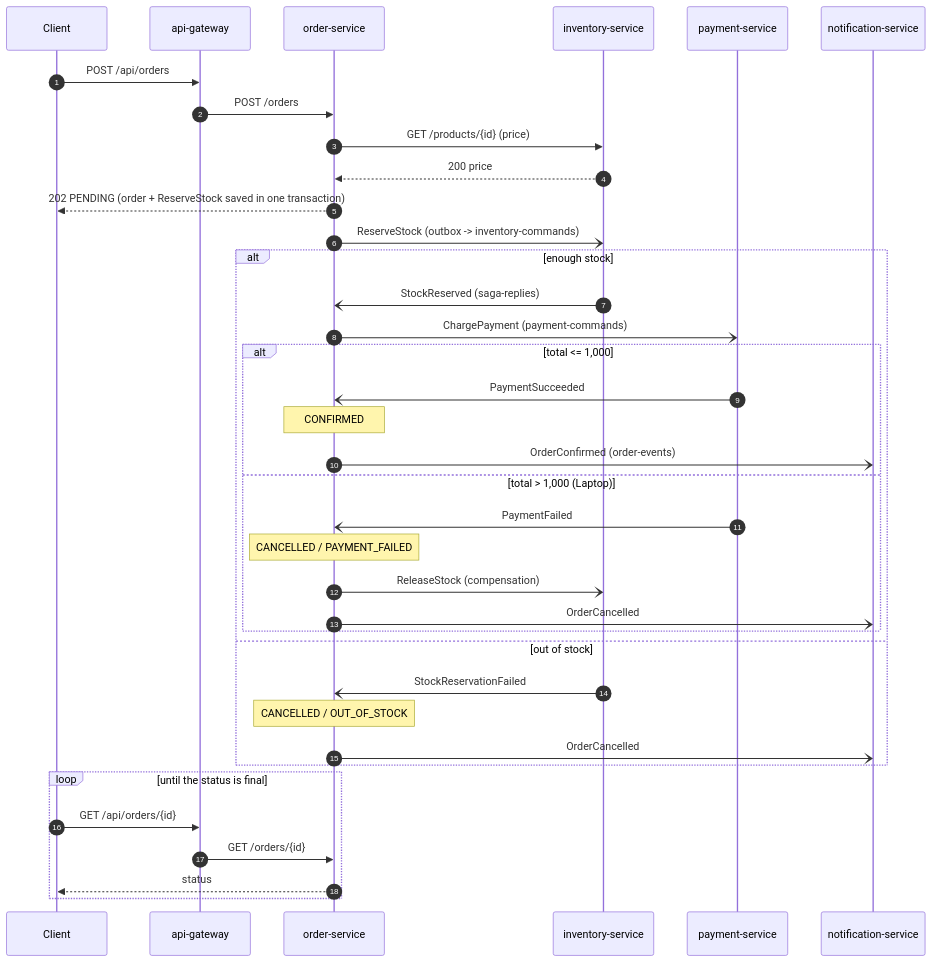
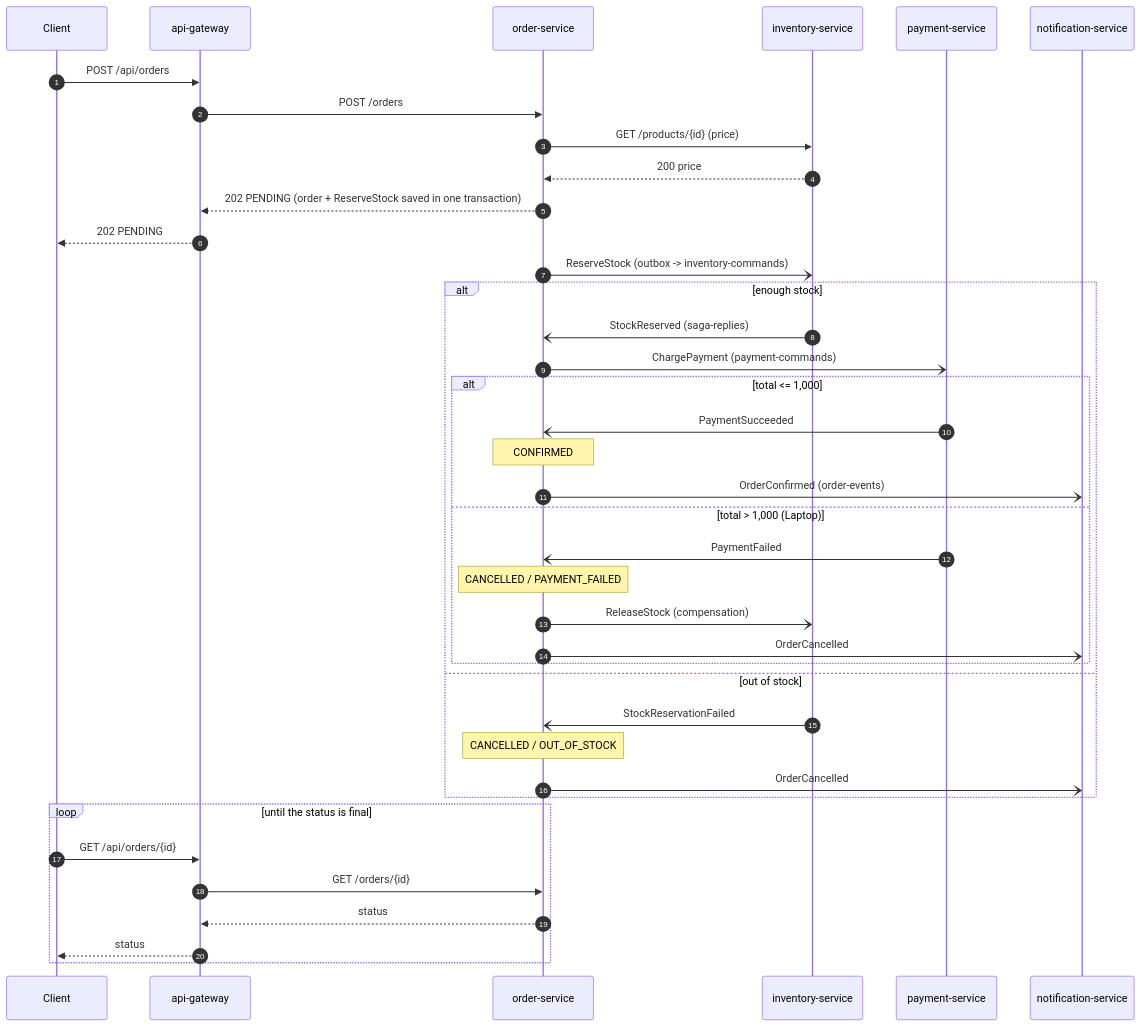
The diagram in docs/saga.mmd (haidakto321/kafka-microservies), drawn with Mermaid before and after one commit. The commit also changed 6 other files, not shown here.

First line of the commit message:
fix(scripts): fail fast on busy ports and dead processes; diagram fixes

```diff
--- a/docs/saga.mmd
+++ b/docs/saga.mmd
@@ -1,38 +1,40 @@
 sequenceDiagram
     autonumber
     participant C as Client
     participant G as api-gateway
     participant O as order-service
     participant I as inventory-service
     participant P as payment-service
     participant N as notification-service
 
     C->>G: POST /api/orders
     G->>O: POST /orders
     O->>I: GET /products/{id} (price)
     I-->>O: 200 price
-    O-->>C: 202 PENDING (order + ReserveStock saved in one transaction)
+    O-->>G: 202 PENDING (order + ReserveStock saved in one transaction)
+    G-->>C: 202 PENDING
     O-)I: ReserveStock (outbox -> inventory-commands)
     alt enough stock
         I-)O: StockReserved (saga-replies)
         O-)P: ChargePayment (payment-commands)
         alt total <= 1,000
             P-)O: PaymentSucceeded
             Note over O: CONFIRMED
             O-)N: OrderConfirmed (order-events)
         else total > 1,000 (Laptop)
             P-)O: PaymentFailed
             Note over O: CANCELLED / PAYMENT_FAILED
             O-)I: ReleaseStock (compensation)
             O-)N: OrderCancelled
         end
     else out of stock
         I-)O: StockReservationFailed
         Note over O: CANCELLED / OUT_OF_STOCK
         O-)N: OrderCancelled
     end
     loop until the status is final
         C->>G: GET /api/orders/{id}
         G->>O: GET /orders/{id}
-        O-->>C: status
+        O-->>G: status
+        G-->>C: status
     end
```
